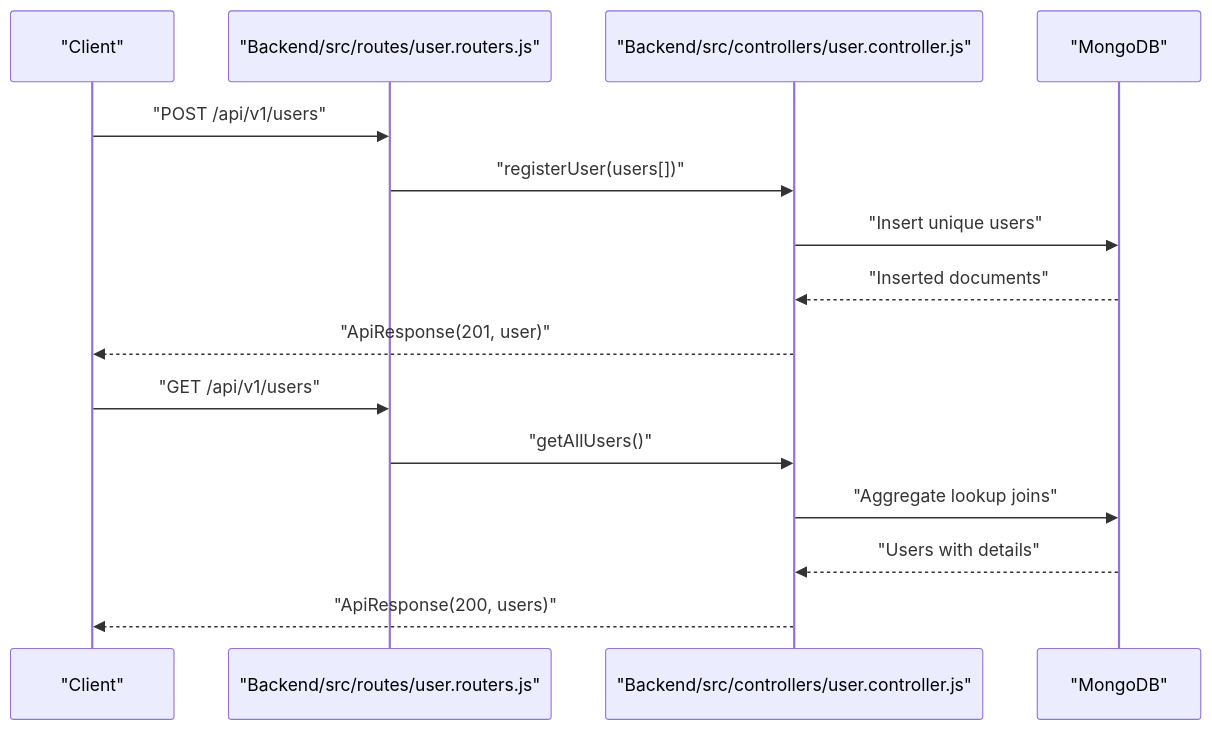
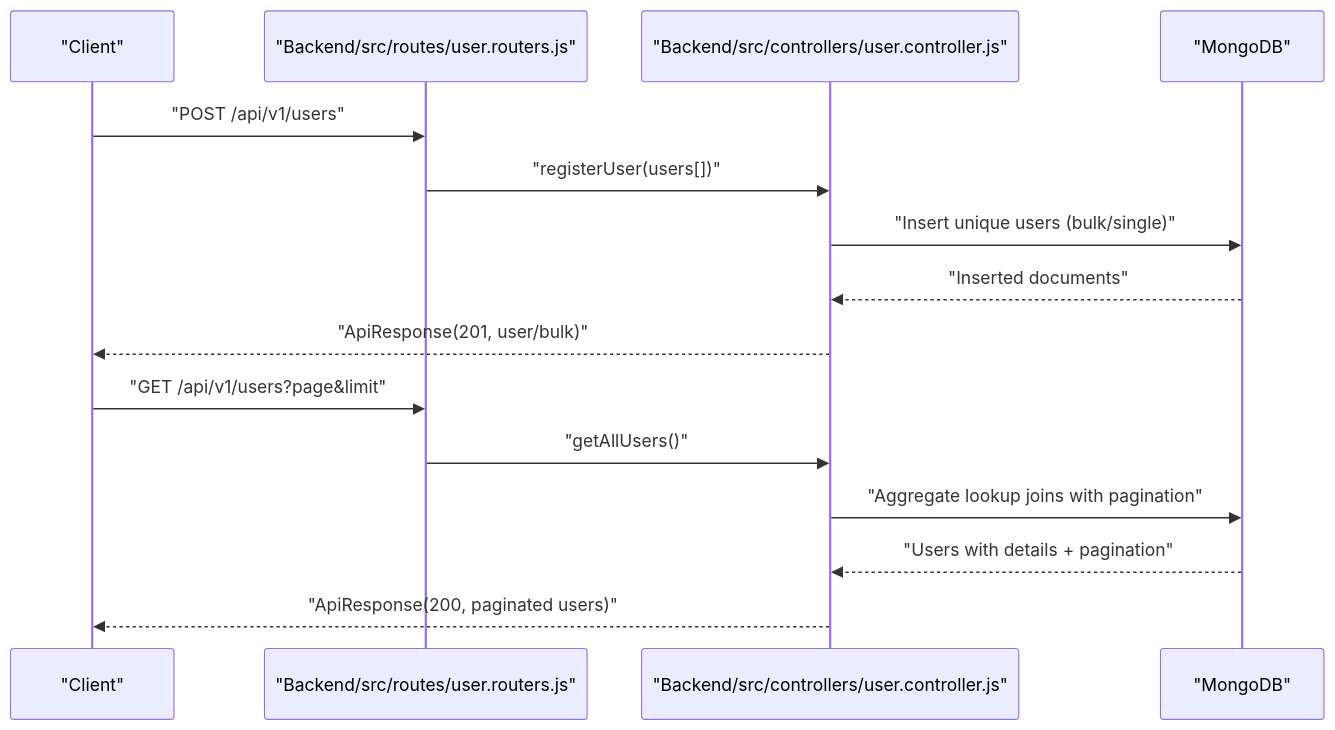
One commit to Aryan9060/Timetable-Project changed the fifth of 11 diagrams in .qoder/repowiki/en/content/Development Workflow.md. Above: the diagram before and after it, drawn with Mermaid. The commit also changed other lines of this file and 7 other files, not shown here.

````diff
--- a/.qoder/repowiki/en/content/Development Workflow.md
+++ b/.qoder/repowiki/en/content/Development Workflow.md
@@ -207,17 +257,17 @@
 ```mermaid
 sequenceDiagram
 participant Client as "Client"
 participant Router as "Backend/src/routes/user.routers.js"
 participant Ctrl as "Backend/src/controllers/user.controller.js"
 participant DB as "MongoDB"
 Client->>Router : "POST /api/v1/users"
 Router->>Ctrl : "registerUser(users[])"
-Ctrl->>DB : "Insert unique users"
+Ctrl->>DB : "Insert unique users (bulk/single)"
 DB-->>Ctrl : "Inserted documents"
-Ctrl-->>Client : "ApiResponse(201, user)"
-Client->>Router : "GET /api/v1/users"
+Ctrl-->>Client : "ApiResponse(201, user/bulk)"
+Client->>Router : "GET /api/v1/users?page&limit"
 Router->>Ctrl : "getAllUsers()"
-Ctrl->>DB : "Aggregate lookup joins"
-DB-->>Ctrl : "Users with details"
-Ctrl-->>Client : "ApiResponse(200, users)"
+Ctrl->>DB : "Aggregate lookup joins with pagination"
+DB-->>Ctrl : "Users with details + pagination"
+Ctrl-->>Client : "ApiResponse(200, paginated users)"
 ```
````
